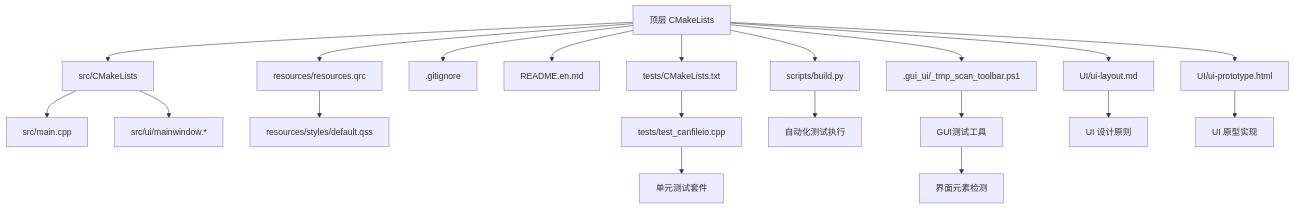
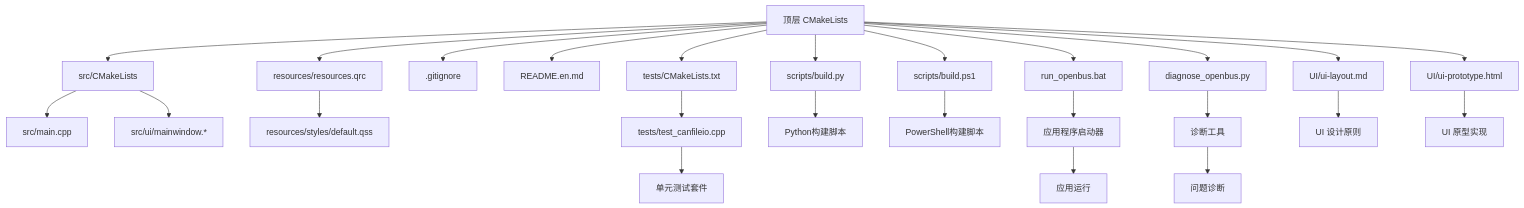
One commit to jakecai1225-design/OpenBus changed the first of 4 diagrams in .qoder/repowiki/zh/content/开发指南/开发指南.md. Above: the diagram before and after it, drawn with Mermaid. The commit also changed other lines of this file and 151 other files, not shown here.

````diff
--- a/.qoder/repowiki/zh/content/开发指南/开发指南.md
+++ b/.qoder/repowiki/zh/content/开发指南/开发指南.md
@@ -78,22 +83,27 @@
 ```mermaid
 graph TB
 A["顶层 CMakeLists"] --> B["src/CMakeLists"]
 B --> C["src/main.cpp"]
 B --> D["src/ui/mainwindow.*"]
 A --> E["resources/resources.qrc"]
 E --> F["resources/styles/default.qss"]
 A --> G[".gitignore"]
 A --> H["README.en.md"]
 A --> I["UI/ui-layout.md"]
 A --> J["UI/ui-prototype.html"]
 A --> K["tests/CMakeLists.txt"]
 K --> L["tests/test_canfileio.cpp"]
 A --> M["scripts/build.py"]
-M --> N["自动化测试执行"]
-A --> O[".gui_ui/_tmp_scan_toolbar.ps1"]
-O --> P["GUI测试工具"]
-I --> Q["UI 设计原则"]
-J --> R["UI 原型实现"]
-L --> S["单元测试套件"]
-P --> T["界面元素检测"]
+M --> N["Python构建脚本"]
+A --> O["scripts/build.ps1"]
+O --> P["PowerShell构建脚本"]
+A --> Q["run_openbus.bat"]
+Q --> R["应用程序启动器"]
+A --> S["diagnose_openbus.py"]
+S --> T["诊断工具"]
+I --> U["UI 设计原则"]
+J --> V["UI 原型实现"]
+L --> W["单元测试套件"]
+R --> X["应用运行"]
+T --> Y["问题诊断"]
 ```
````
